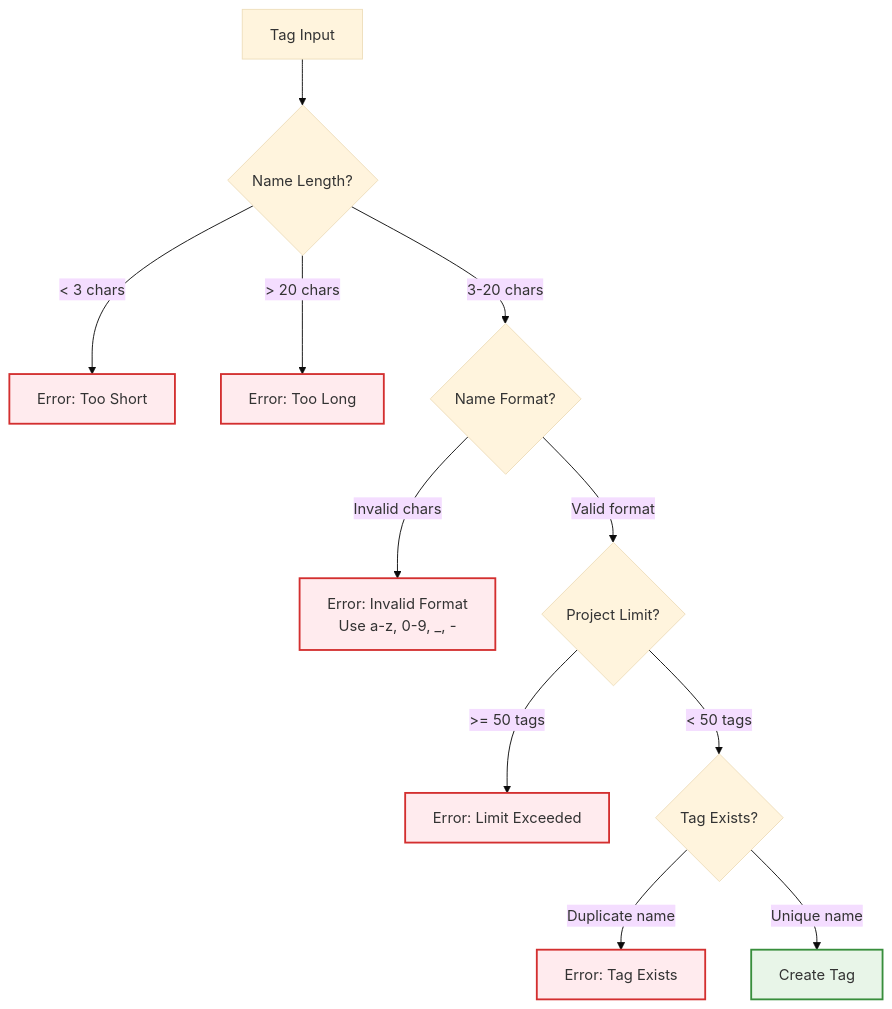
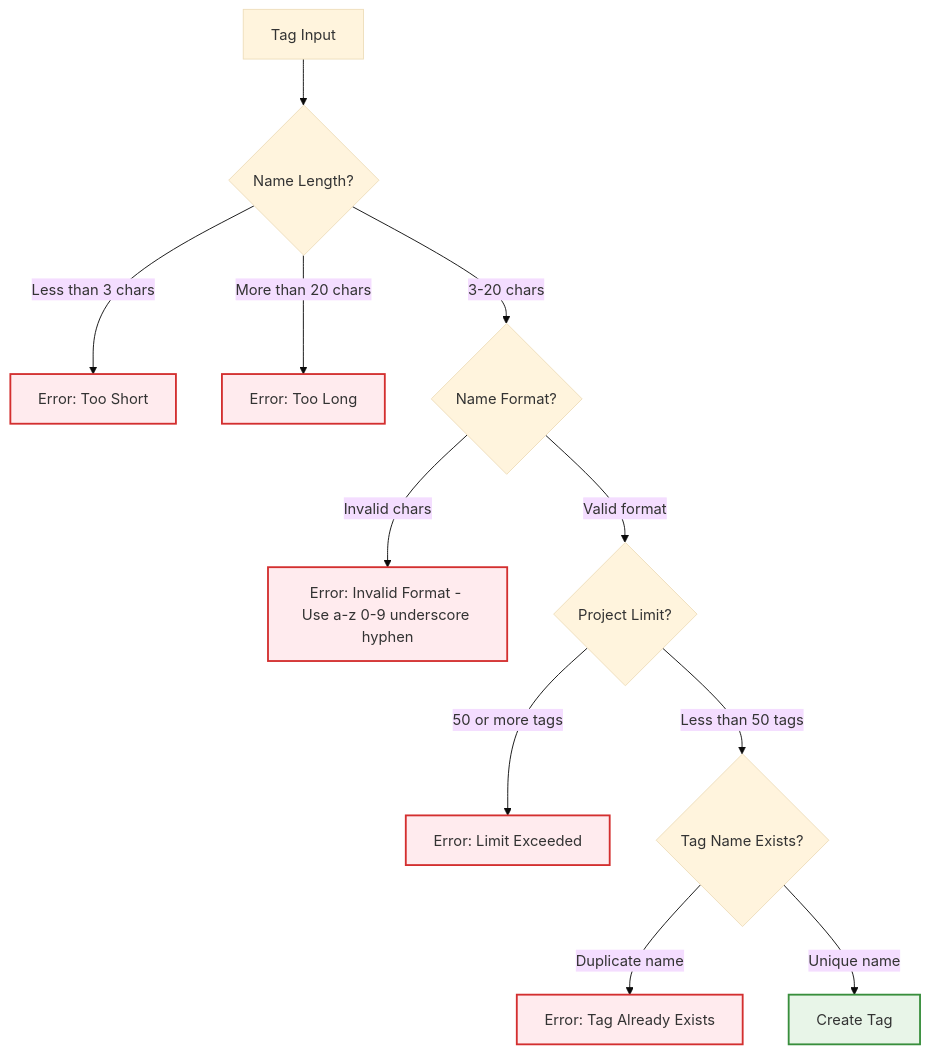
Before and after one commit to supercheck-io/supercheck: the eighth of 12 diagrams in specs/05-features/tag-system.md, drawn with Mermaid (base theme). The commit also changed other lines of this file, not shown here.

First line of the commit message:
Fix tag-system.md: correct Mermaid syntax and clarify user-defined colors

````diff
--- a/specs/05-features/tag-system.md
+++ b/specs/05-features/tag-system.md
@@ -230,22 +233,22 @@
 ```mermaid
 graph TB
     INPUT[Tag Input] --> V1{Name Length?}
-    V1 -->|< 3 chars| E1[Error: Too Short]
-    V1 -->|> 20 chars| E2[Error: Too Long]
+    V1 -->|Less than 3 chars| E1[Error: Too Short]
+    V1 -->|More than 20 chars| E2[Error: Too Long]
     V1 -->|3-20 chars| V2{Name Format?}
 
-    V2 -->|Invalid chars| E3[Error: Invalid Format<br/>Use a-z, 0-9, _, -]
+    V2 -->|Invalid chars| E3[Error: Invalid Format - Use a-z 0-9 underscore hyphen]
     V2 -->|Valid format| V3{Project Limit?}
 
-    V3 -->|>= 50 tags| E4[Error: Limit Exceeded]
-    V3 -->|< 50 tags| V4{Tag Exists?}
+    V3 -->|50 or more tags| E4[Error: Limit Exceeded]
+    V3 -->|Less than 50 tags| V4{Tag Name Exists?}
 
-    V4 -->|Duplicate name| E5[Error: Tag Exists]
+    V4 -->|Duplicate name| E5[Error: Tag Already Exists]
     V4 -->|Unique name| SUCCESS[Create Tag]
 
     classDef error fill:#ffebee,stroke:#d32f2f,stroke-width:2px
     classDef success fill:#e8f5e8,stroke:#388e3c,stroke-width:2px
 
     class E1,E2,E3,E4,E5 error
     class SUCCESS success
 ```
````
